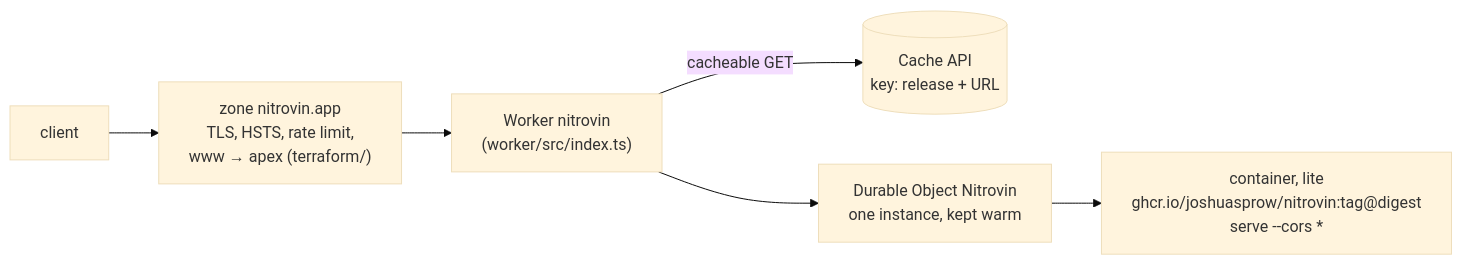
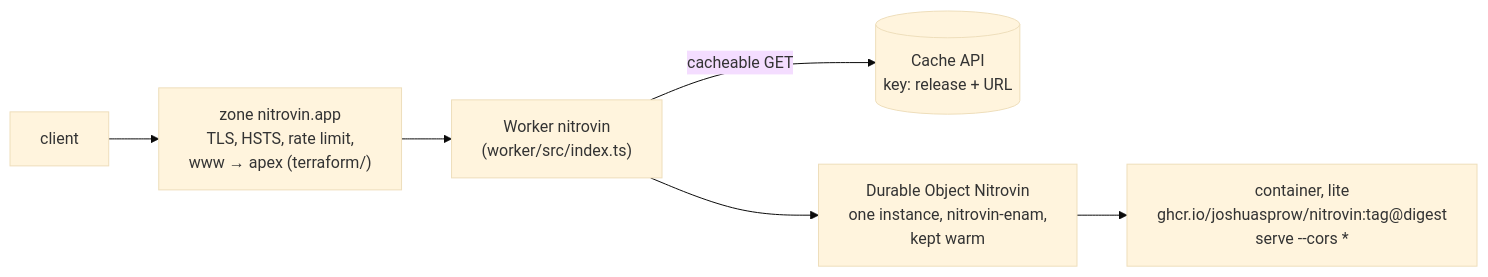
Before and after one commit to joshuasprow/nhtsa-vin-decoder: the diagram in deploy/cloudflare/README.md, drawn with Mermaid (base theme). The commit also changed other lines of this file and 3 other files, not shown here.

First line of the commit message:
worker: the Durable Object in ENAM, one container trip per miss (#126)

````diff
--- a/deploy/cloudflare/README.md
+++ b/deploy/cloudflare/README.md
@@ -7,8 +7,8 @@
 ```mermaid
 flowchart LR
     client[client] --> zone["zone nitrovin.app<br/>TLS, HSTS, rate limit,<br/>www → apex (terraform/)"]
     zone --> worker["Worker nitrovin<br/>(worker/src/index.ts)"]
     worker -- "cacheable GET" --> cache[(Cache API<br/>key: release + URL)]
-    worker --> do["Durable Object Nitrovin<br/>one instance, kept warm"]
+    worker --> do["Durable Object Nitrovin<br/>one instance, nitrovin-enam,<br/>kept warm"]
     do --> container["container, lite<br/>ghcr.io/joshuasprow/nitrovin:tag@digest<br/>serve --cors *"]
 ```
````
